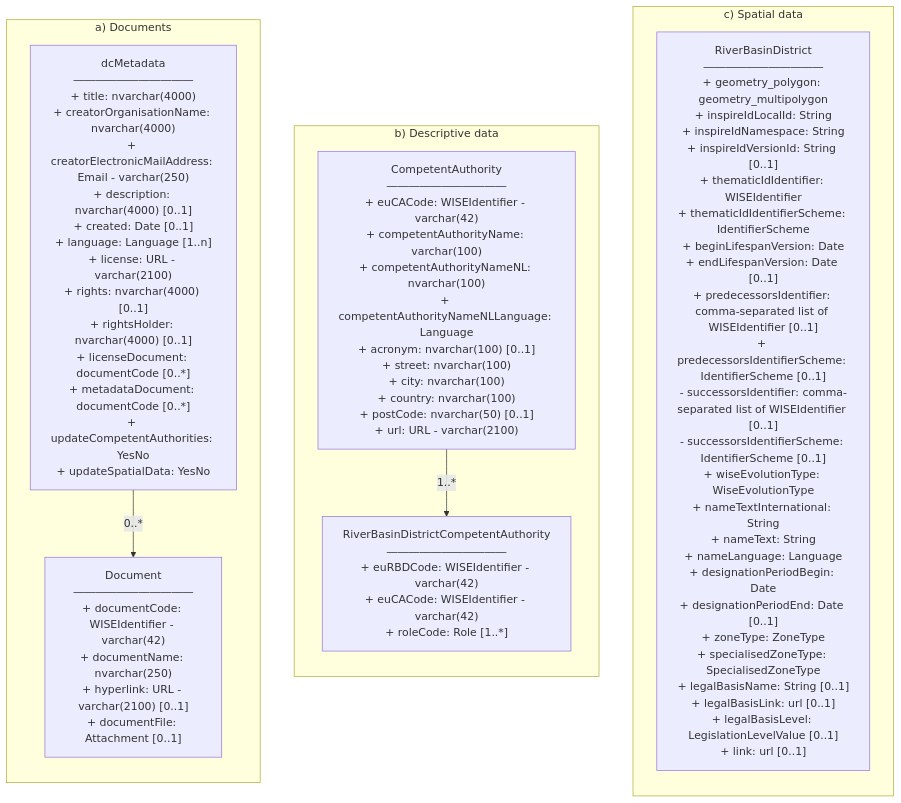
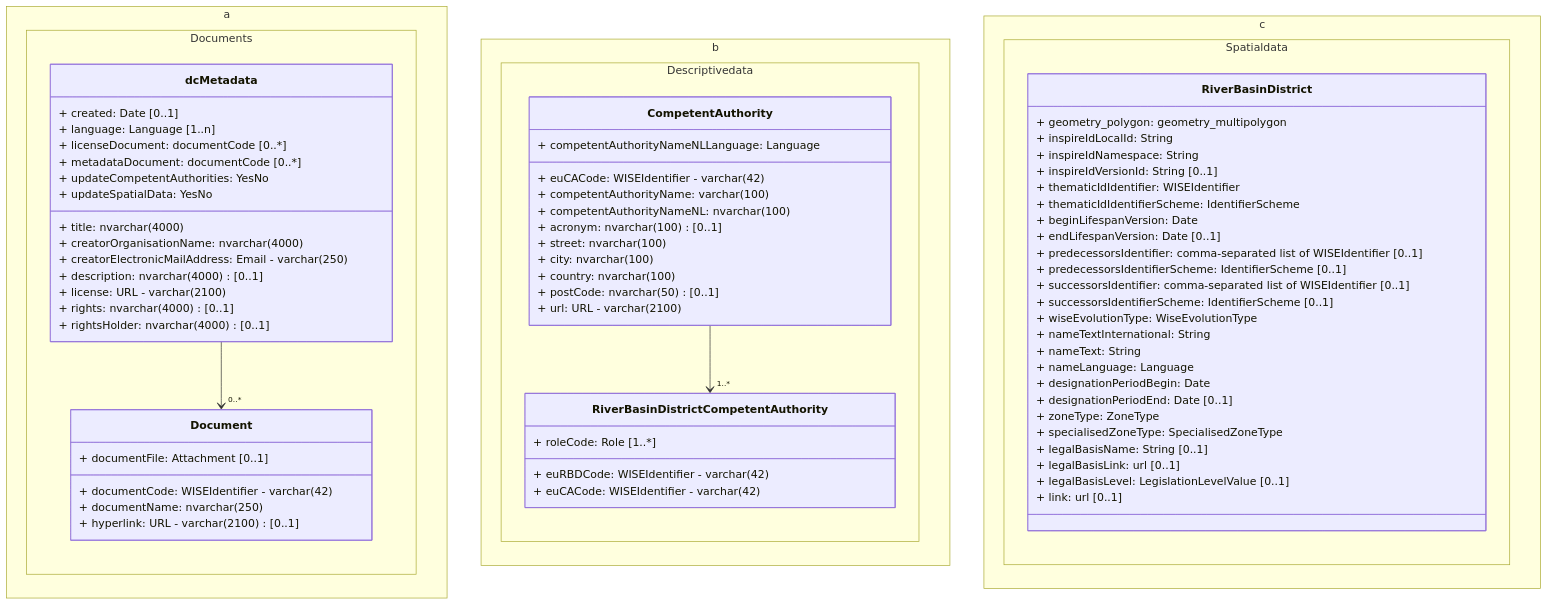
The fourth of 4 diagrams in docs/DataModelReview/WFDRiverBasinDistrictsAndCompetentAuthorities.md (eeadata/WISE.WFD.Documentation), drawn with Mermaid before and after one commit. The commit also changed other lines of this file and 1 other file, not shown here.

Commit message:
adding namespaces for figures

````diff
--- a/docs/DataModelReview/WFDRiverBasinDistrictsAndCompetentAuthorities.md
+++ b/docs/DataModelReview/WFDRiverBasinDistrictsAndCompetentAuthorities.md
@@ -411,25 +411,77 @@
 ```{mermaid}
-%%{init: {'theme': 'default'}}%%
-flowchart LR
+classDiagram
+direction TB
+namespace a. Documents {
+class dcMetadata {
++ title: nvarchar(4000)
++ creatorOrganisationName: nvarchar(4000)
++ creatorElectronicMailAddress: Email - varchar(250)
++ description: nvarchar(4000) [0..1]
++ created: Date [0..1]
++ language: Language [1..n]
++ license: URL - varchar(2100)
++ rights: nvarchar(4000) [0..1]
++ rightsHolder: nvarchar(4000) [0..1]
++ licenseDocument: documentCode [0..*]
++ metadataDocument: documentCode [0..*]
++ updateCompetentAuthorities: YesNo
++ updateSpatialData: YesNo
+}
+class Document {
++ documentCode: WISEIdentifier - varchar(42)
++ documentName: nvarchar(250)
++ hyperlink: URL - varchar(2100) [0..1]
++ documentFile: Attachment [0..1]
+}
+}
+namespace b.Descriptivedata {
+class CompetentAuthority {
++ euCACode: WISEIdentifier - varchar(42)
++ competentAuthorityName: varchar(100)
++ competentAuthorityNameNL: nvarchar(100)
++ competentAuthorityNameNLLanguage: Language
++ acronym: nvarchar(100) [0..1]
++ street: nvarchar(100)
++ city: nvarchar(100)
++ country: nvarchar(100)
++ postCode: nvarchar(50) [0..1]
++ url: URL - varchar(2100)
+}
+class RiverBasinDistrictCompetentAuthority {
++ euRBDCode: WISEIdentifier - varchar(42)
++ euCACode: WISEIdentifier - varchar(42)
++ roleCode: Role [1..*]
+}
+}
+namespace c.Spatialdata {
+class RiverBasinDistrict {
++ geometry_polygon: geometry_multipolygon
++ inspireIdLocalId: String
++ inspireIdNamespace: String
++ inspireIdVersionId: String [0..1]
++ thematicIdIdentifier: WISEIdentifier
++ thematicIdIdentifierScheme: IdentifierScheme
++ beginLifespanVersion: Date
++ endLifespanVersion: Date [0..1]
++ predecessorsIdentifier: comma-separated list of WISEIdentifier [0..1]
++ predecessorsIdentifierScheme: IdentifierScheme [0..1]
++ successorsIdentifier: comma-separated list of WISEIdentifier [0..1]
++ successorsIdentifierScheme: IdentifierScheme [0..1]
++ wiseEvolutionType: WiseEvolutionType
++ nameTextInternational: String
++ nameText: String
++ nameLanguage: Language
++ designationPeriodBegin: Date
++ designationPeriodEnd: Date [0..1]
++ zoneType: ZoneType
++ specialisedZoneType: SpecialisedZoneType
++ legalBasisName: String [0..1]
++ legalBasisLink: url [0..1]
++ legalBasisLevel: LegislationLevelValue [0..1]
++ link: url [0..1]
+}
+}
 
-    subgraph A["a) Documents"]
-        direction TB
-        dcMetadata["dcMetadata<br/>―――――――――――<br/>+ title: nvarchar(4000)<br/>+ creatorOrganisationName: nvarchar(4000)<br/>+ creatorElectronicMailAddress: Email - varchar(250)<br/>+ description: nvarchar(4000) [0..1]<br/>+ created: Date [0..1]<br/>+ language: Language [1..n]<br/>+ license: URL - varchar(2100)<br/>+ rights: nvarchar(4000) [0..1]<br/>+ rightsHolder: nvarchar(4000) [0..1]<br/>+ licenseDocument: documentCode [0..*]<br/>+ metadataDocument: documentCode [0..*]<br/>+ updateCompetentAuthorities: YesNo<br/>+ updateSpatialData: YesNo"]
-        Document["Document<br/>―――――――――――<br/>+ documentCode: WISEIdentifier - varchar(42)<br/>+ documentName: nvarchar(250)<br/>+ hyperlink: URL - varchar(2100) [0..1]<br/>+ documentFile: Attachment [0..1]"]
-        dcMetadata -->|"0..*"| Document
-    end
-
-    subgraph B["b) Descriptive data"]
-        direction TB
-        CompetentAuthority["CompetentAuthority<br/>―――――――――――<br/>+ euCACode: WISEIdentifier - varchar(42)<br/>+ competentAuthorityName: varchar(100)<br/>+ competentAuthorityNameNL: nvarchar(100)<br/>+ competentAuthorityNameNLLanguage: Language<br/>+ acronym: nvarchar(100) [0..1]<br/>+ street: nvarchar(100)<br/>+ city: nvarchar(100)<br/>+ country: nvarchar(100)<br/>+ postCode: nvarchar(50) [0..1]<br/>+ url: URL - varchar(2100)"]
-        RBDCA["RiverBasinDistrictCompetentAuthority<br/>―――――――――――<br/>+ euRBDCode: WISEIdentifier - varchar(42)<br/>+ euCACode: WISEIdentifier - varchar(42)<br/>+ roleCode: Role [1..*]"]
-        CompetentAuthority -->|"1..*"| RBDCA
-    end
-
-    subgraph C["c) Spatial data"]
-        direction TB
-        RiverBasinDistrict["RiverBasinDistrict<br/>―――――――――――<br/>+ geometry_polygon: geometry_multipolygon<br/>+ inspireIdLocalId: String<br/>+ inspireIdNamespace: String<br/>+ inspireIdVersionId: String [0..1]<br/>+ thematicIdIdentifier: WISEIdentifier<br/>+ thematicIdIdentifierScheme: IdentifierScheme<br/>+ beginLifespanVersion: Date<br/>+ endLifespanVersion: Date [0..1]<br/>+ predecessorsIdentifier: comma-separated list of WISEIdentifier [0..1]<br/>+ predecessorsIdentifierScheme: IdentifierScheme [0..1]<br/>- successorsIdentifier: comma-separated list of WISEIdentifier [0..1]<br/>- successorsIdentifierScheme: IdentifierScheme [0..1]<br/>+ wiseEvolutionType: WiseEvolutionType<br/>+ nameTextInternational: String<br/>+ nameText: String<br/>+ nameLanguage: Language<br/>+ designationPeriodBegin: Date<br/>+ designationPeriodEnd: Date [0..1]<br/>+ zoneType: ZoneType<br/>+ specialisedZoneType: SpecialisedZoneType<br/>+ legalBasisName: String [0..1]<br/>+ legalBasisLink: url [0..1]<br/>+ legalBasisLevel: LegislationLevelValue [0..1]<br/>+ link: url [0..1]"]
-    end
-
-    A ~~~ B ~~~ C
+dcMetadata --> "0..*" Document
+CompetentAuthority --> "1..*" RiverBasinDistrictCompetentAuthority
 ```
````
